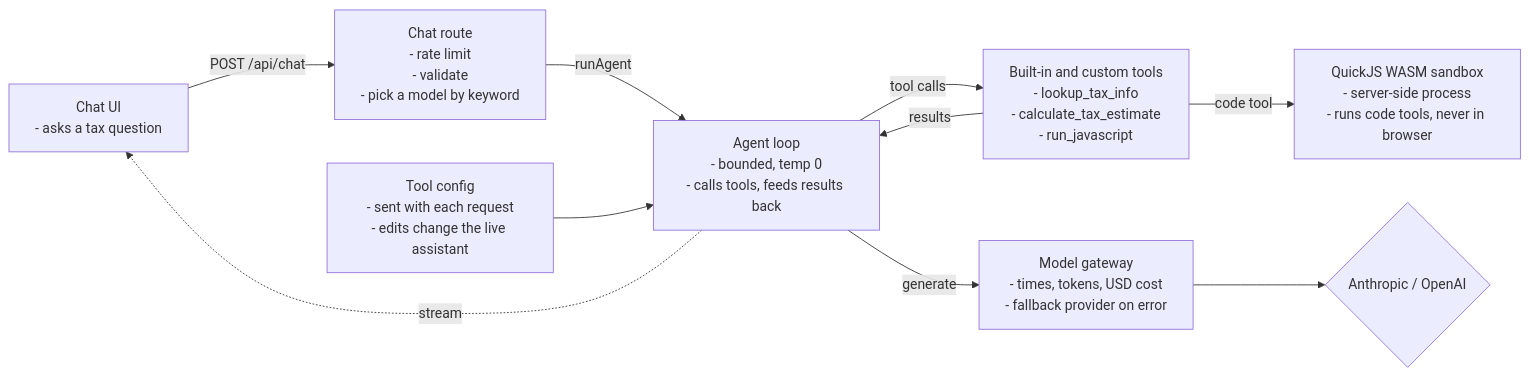
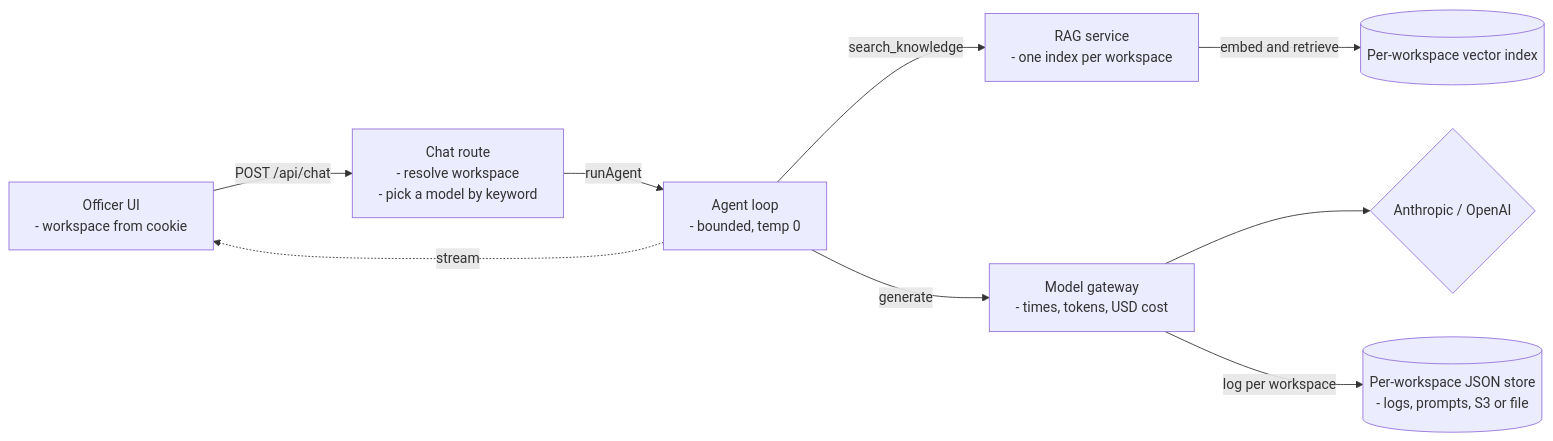
The second of 6 diagrams in README.md (elleskay/ai-tax-assistant-platform), drawn with Mermaid before and after one commit. The commit also changed other lines of this file and 122 other files, not shown here.

````diff
--- a/README.md
+++ b/README.md
@@ -151,20 +158,19 @@
 ```mermaid
 flowchart LR
-  UI["Chat UI<br/>- asks a tax question"]
-  API["Chat route<br/>- rate limit<br/>- validate<br/>- pick a model by keyword"]
-  Agent["Agent loop<br/>- bounded, temp 0<br/>- calls tools, feeds results back"]
-  Tools["Built-in and custom tools<br/>- lookup_tax_info<br/>- calculate_tax_estimate<br/>- run_javascript"]
-  Cfg["Tool config<br/>- sent with each request<br/>- edits change the live assistant"]
-  Sandbox["QuickJS WASM sandbox<br/>- server-side process<br/>- runs code tools, never in browser"]
-  GW["Model gateway<br/>- times, tokens, USD cost<br/>- fallback provider on error"]
+  UI["Officer UI<br/>- workspace from cookie"]
+  API["Chat route<br/>- resolve workspace<br/>- pick a model by keyword"]
+  Agent["Agent loop<br/>- bounded, temp 0"]
+  GW["Model gateway<br/>- times, tokens, USD cost"]
   Prov{"Anthropic / OpenAI"}
+  RAG["RAG service<br/>- one index per workspace"]
+  VEC[("Per-workspace vector index")]
+  Store[("Per-workspace JSON store<br/>- logs, prompts, S3 or file")]
   UI -->|"POST /api/chat"| API
   API -->|runAgent| Agent
-  Cfg --> Agent
-  Agent -->|tool calls| Tools
-  Tools -->|results| Agent
-  Tools -->|code tool| Sandbox
+  Agent -->|search_knowledge| RAG
+  RAG -->|"embed and retrieve"| VEC
   Agent -->|generate| GW
   GW --> Prov
+  GW -->|log per workspace| Store
   Agent -.stream.-> UI
 ```
````
